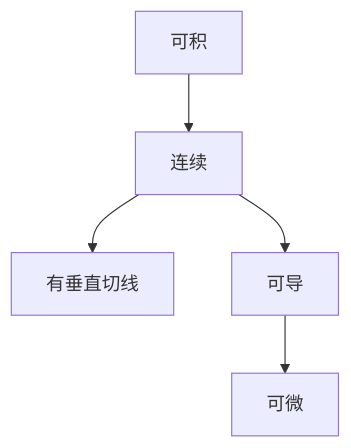
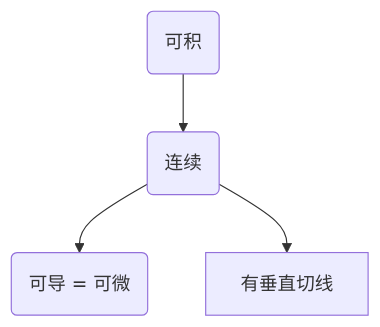
The third of 3 diagrams in docs/微积分/2.极限&导数.md (liangxiongsl/math), drawn with Mermaid before and after one commit. The commit also changed other lines of this file and 167 other files, not shown here.

````diff
--- a/docs/微积分/2.极限&导数.md
+++ b/docs/微积分/2.极限&导数.md
@@ -331,8 +311,7 @@
 ```mermaid
 graph
-连续 --> 有垂直切线
+a(可积) --> b(连续)
+b --> c(可导 = 可微)
 
-可积 --> 连续
-连续 --> 可导
-可导 --> 可微
+b --> 有垂直切线
 ```
````
